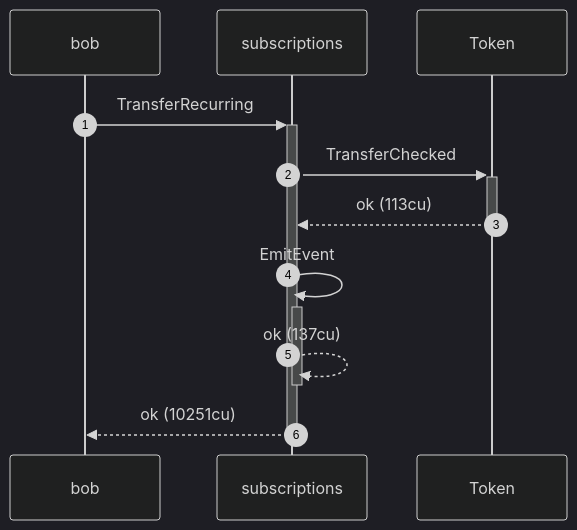
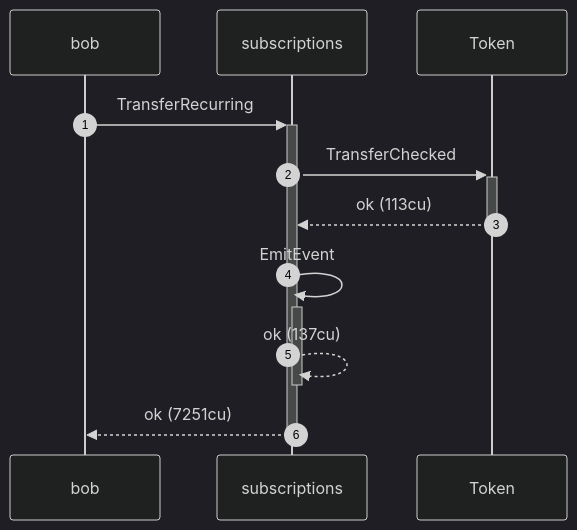
Before and after one commit to cds-rs/subscriptions: the tenth of 12 diagrams in dsl_tests/recurring-transfer-within-the-drift-window-succeeds.md, drawn with Mermaid (dark theme). The commit also changed other lines of this file and 224 other files, not shown here.

````diff
--- a/dsl_tests/recurring-transfer-within-the-drift-window-succeeds.md
+++ b/dsl_tests/recurring-transfer-within-the-drift-window-succeeds.md
@@ -198,13 +207,13 @@
 ```mermaid
 sequenceDiagram
     autonumber
     participant bob
     participant subscriptions
     participant Token
     bob ->>+ subscriptions: TransferRecurring
     subscriptions ->>+ Token: TransferChecked
     Token -->>- subscriptions: ok (113cu)
     subscriptions ->>+ subscriptions: EmitEvent
     subscriptions -->>- subscriptions: ok (137cu)
-    subscriptions -->>- bob: ok (10251cu)
+    subscriptions -->>- bob: ok (7251cu)
 ```
````
